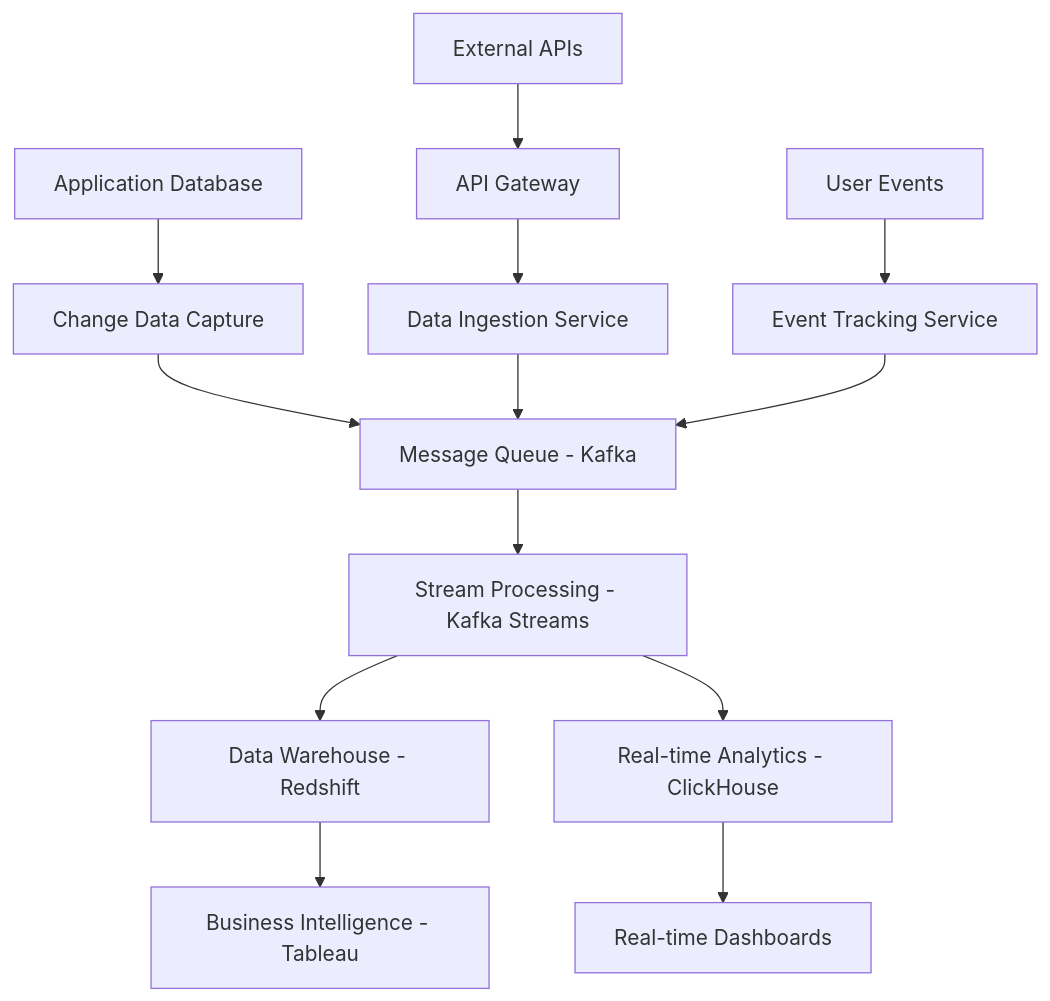
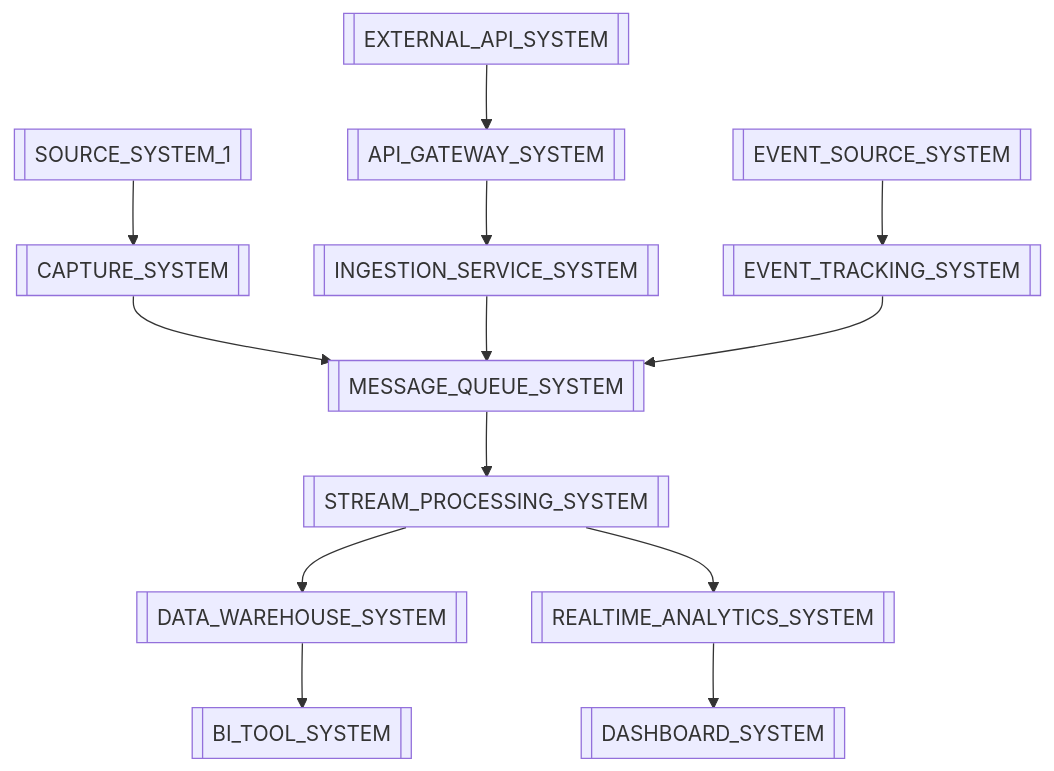
Before and after one commit to HirundoDev/prompt-manager-lite-v: the second of 2 diagrams in prompt-manager-lite-v/real_structure_documentation/docs/DOC024-DatabaseManifest.md, drawn with Mermaid. The commit also changed other lines of this file and 43 other files, not shown here.

````diff
--- a/prompt-manager-lite-v/real_structure_documentation/docs/DOC024-DatabaseManifest.md
+++ b/prompt-manager-lite-v/real_structure_documentation/docs/DOC024-DatabaseManifest.md
@@ -712,17 +700,17 @@
 ```mermaid
 graph TD
-    A[Application Database] --> B[Change Data Capture]
-    B --> C[Message Queue - Kafka]
-    C --> D[Stream Processing - Kafka Streams]
-    D --> E[Data Warehouse - Redshift]
-    D --> F[Real-time Analytics - ClickHouse]
-    E --> G[Business Intelligence - Tableau]
-    F --> H[Real-time Dashboards]
+    A[[SOURCE_SYSTEM_1]] --> B[[CAPTURE_SYSTEM]]
+    B --> C[[MESSAGE_QUEUE_SYSTEM]]
+    C --> D[[STREAM_PROCESSING_SYSTEM]]
+    D --> E[[DATA_WAREHOUSE_SYSTEM]]
+    D --> F[[REALTIME_ANALYTICS_SYSTEM]]
+    E --> G[[BI_TOOL_SYSTEM]]
+    F --> H[[DASHBOARD_SYSTEM]]
     
-    I[External APIs] --> J[API Gateway]
-    J --> K[Data Ingestion Service]
+    I[[EXTERNAL_API_SYSTEM]] --> J[[API_GATEWAY_SYSTEM]]
+    J --> K[[INGESTION_SERVICE_SYSTEM]]
     K --> C
     
-    L[User Events] --> M[Event Tracking Service]
+    L[[EVENT_SOURCE_SYSTEM]] --> M[[EVENT_TRACKING_SYSTEM]]
     M --> C
 ```
````
